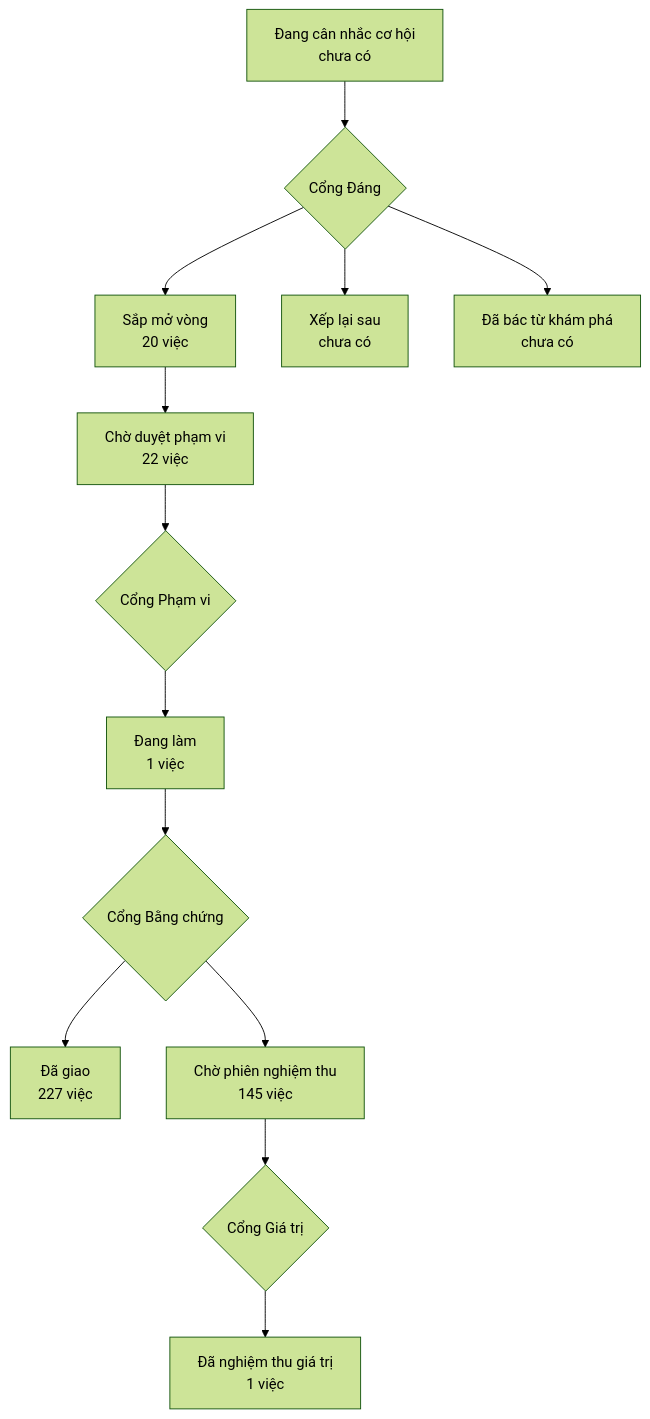
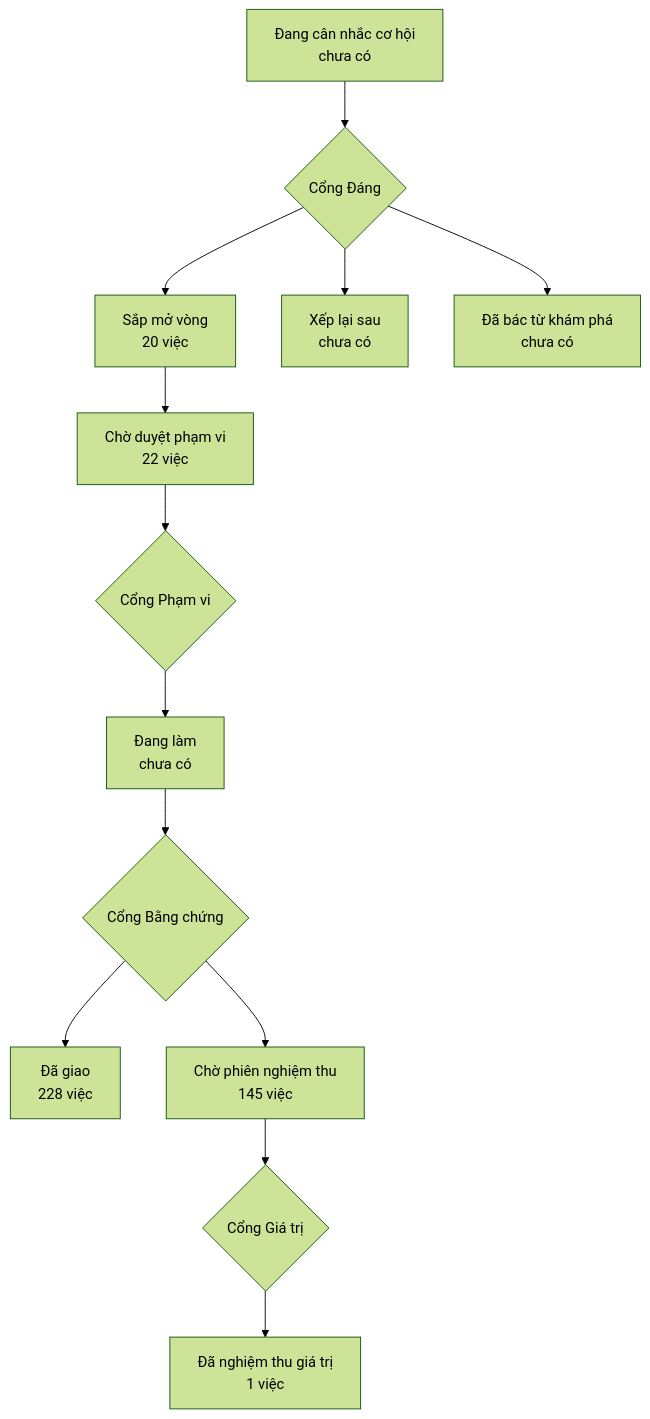
One commit to phanlemanh/onehub-invest changed the diagram in PRODUCT-MAP.md. Above: the diagram before and after it, drawn with Mermaid (forest theme). The commit also changed other lines of this file and 7 other files, not shown here.

````diff
--- a/PRODUCT-MAP.md
+++ b/PRODUCT-MAP.md
@@ -7,12 +7,12 @@
 ```mermaid
 flowchart TD
   A["Đang cân nhắc cơ hội<br/>chưa có"] --> GD{"Cổng Đáng"}
   GD --> B["Sắp mở vòng<br/>20 việc"]
   GD --> XL["Xếp lại sau<br/>chưa có"]
   GD --> DB["Đã bác từ khám phá<br/>chưa có"]
   B --> CD["Chờ duyệt phạm vi<br/>22 việc"] --> GP{"Cổng Phạm vi"}
-  GP --> DL["Đang làm<br/>1 việc"] --> GB{"Cổng Bằng chứng"}
-  GB --> DG["Đã giao<br/>227 việc"]
+  GP --> DL["Đang làm<br/>chưa có"] --> GB{"Cổng Bằng chứng"}
+  GB --> DG["Đã giao<br/>228 việc"]
   GB --> CN["Chờ phiên nghiệm thu<br/>145 việc"] --> GG{"Cổng Giá trị"}
   GG --> NT["Đã nghiệm thu giá trị<br/>1 việc"]
 ```
````
